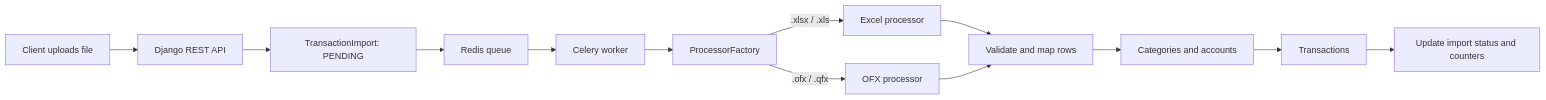
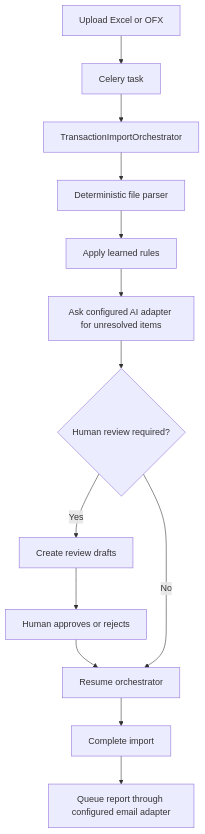
One commit to caiomoura1994/django-simple-finance changed the diagram in README.md. Above: the diagram before and after it, drawn with Mermaid. The commit also changed other lines of this file and 36 other files, not shown here.

````diff
--- a/README.md
+++ b/README.md
@@ -22,15 +25,15 @@
 ```mermaid
-flowchart LR
-    A[Client uploads file] --> B[Django REST API]
-    B --> C[TransactionImport: PENDING]
-    C --> D[Redis queue]
-    D --> E[Celery worker]
-    E --> F[ProcessorFactory]
-    F -->|.xlsx / .xls| G[Excel processor]
-    F -->|.ofx / .qfx| H[OFX processor]
-    G --> I[Validate and map rows]
-    H --> I
-    I --> J[Categories and accounts]
-    J --> K[Transactions]
-    K --> L[Update import status and counters]
+flowchart TD
+    A[Upload Excel or OFX] --> B[Celery task]
+    B --> C[TransactionImportOrchestrator]
+    C --> D[Deterministic file parser]
+    D --> E[Apply learned rules]
+    E --> F[Ask configured AI adapter for unresolved items]
+    F --> G{Human review required?}
+    G -->|Yes| H[Create review drafts]
+    H --> I[Human approves or rejects]
+    I --> J[Resume orchestrator]
+    G -->|No| J
+    J --> K[Complete import]
+    K --> L[Queue report through configured email adapter]
 ```
````
